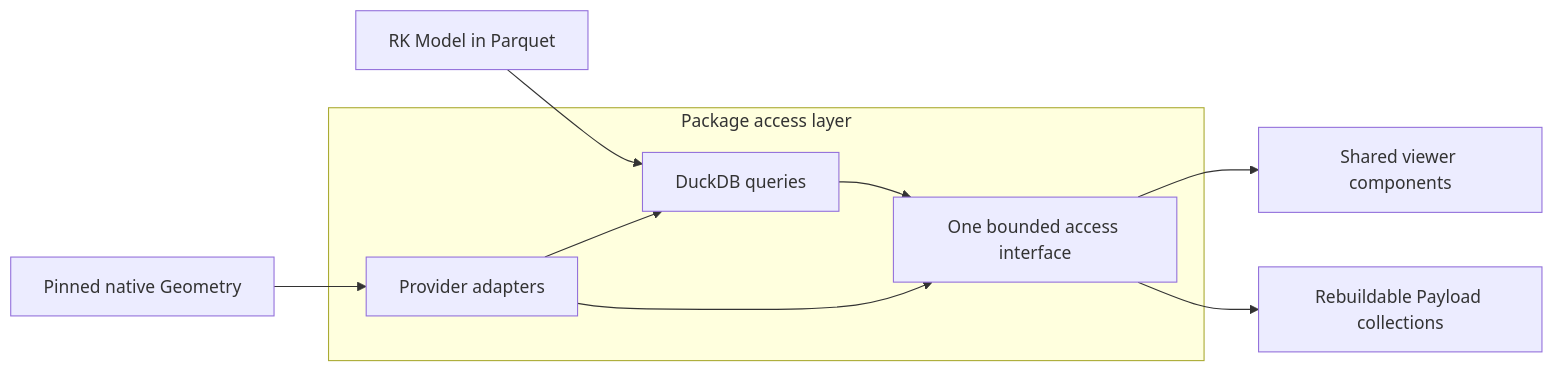
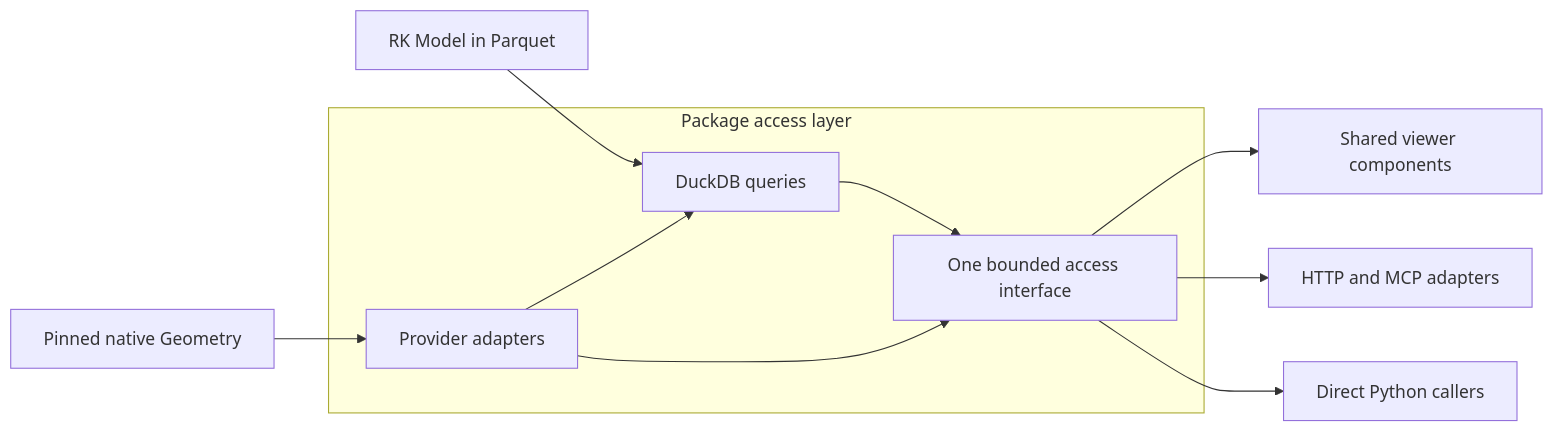
One commit to daniel-fink/rangekeeper changed the diagram in docs/decisions/008-sqlite-model-package.md. Above: the diagram before and after it, drawn with Mermaid. The commit also changed other lines of this file and 19 other files, not shown here.

````diff
--- a/docs/decisions/008-sqlite-model-package.md
+++ b/docs/decisions/008-sqlite-model-package.md
@@ -181,12 +210,13 @@
 ```mermaid
 flowchart LR
     R[RK Model in Parquet] --> Q
     G[Pinned native Geometry] --> A
     subgraph Access[Package access layer]
         Q[DuckDB queries] --> I[One bounded access interface]
         A[Provider adapters] --> Q
         A --> I
     end
     I --> V[Shared viewer components]
-    I --> P[Rebuildable Payload collections]
+    I --> H[HTTP and MCP adapters]
+    I --> L[Direct Python callers]
 ```
````
